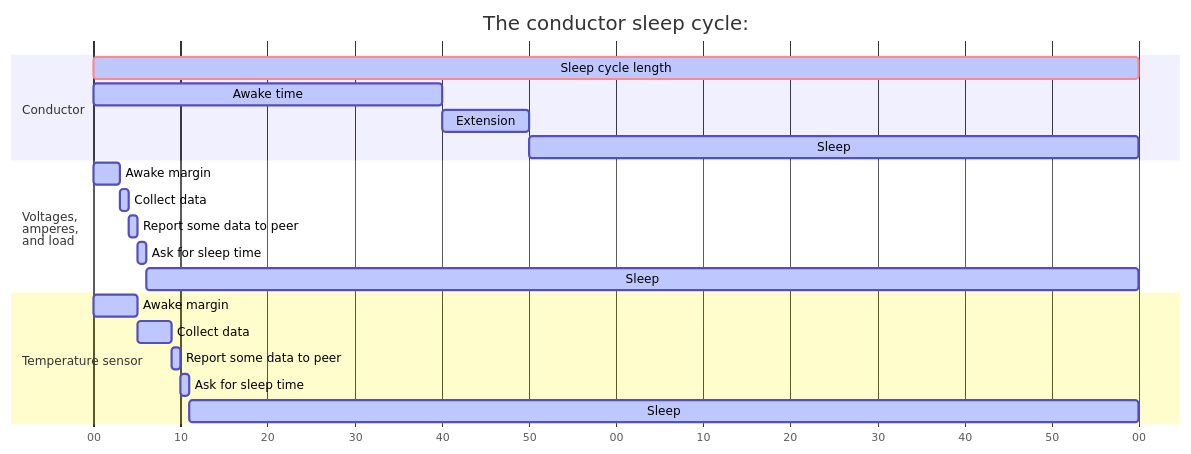
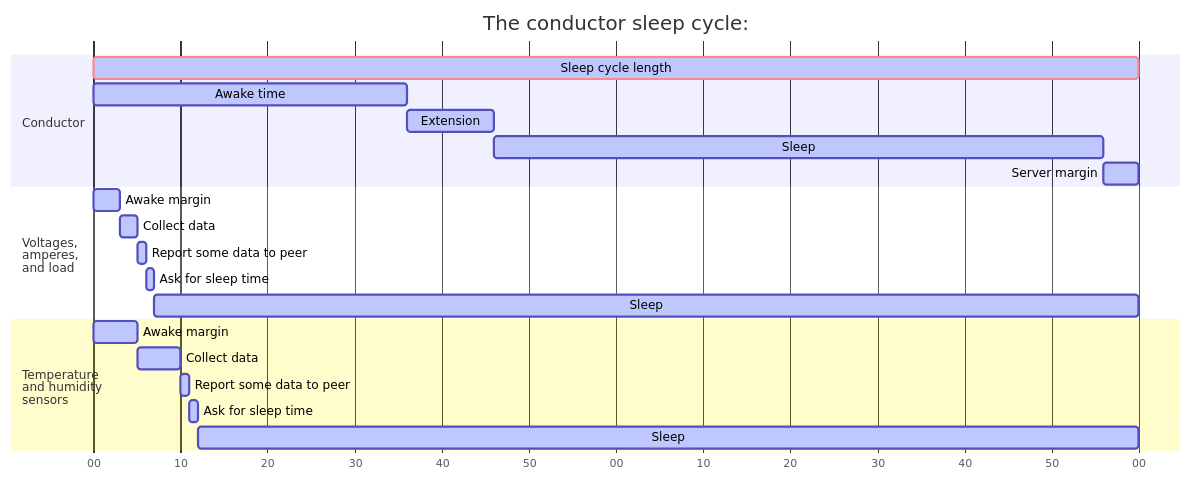
One commit to RobustoFramework/Robusto changed the diagram in components/robusto/conductor/README.md. Above: the diagram before and after it, drawn with Mermaid. The commit also changed other lines of this file and 1 other file, not shown here.

```````diff
--- a/components/robusto/conductor/README.md
+++ b/components/robusto/conductor/README.md
@@ -16,26 +16,28 @@
 ```mermaid
 gantt
     dateFormat  s
     title  The conductor sleep cycle:    
     section Conductor  
     Sleep cycle length        :crit,active, cycle,0,120s
-    Awake time         :active, wake,0,40s
+    Awake time         :active, wake, 0,36s
     Extension     :active, ext,after wake,10s
     Sleep         :active, sleep, after ext, 70s
+    Server margin   :active, after sleep,4s
     section Voltages,<br/>amperes,<br/>and load
     Awake margin         :active, w1, 0, 3s
-    Collect data       :active, c1, after w1, 1s
+    Collect data       :active, c1, after w1, 2s
     Report some data to peer :active, r1, after c1, 1s
     Ask for sleep time :active, a1, after r1, 1s
-    Sleep :active, s1, after a1, 114s
-    section Temperature sensor
+    Sleep :active, s1, after a1, 113s
+
+    section Temperature<br/>and humidity<br/>sensors
     Awake margin         :active, w2, 0, 5s
-    Collect data       :active, c2, after w2, 4s
+    Collect data       :active, c2, after w2, 5s
     Report some data to peer :active, r2, after c2, 1s
     Ask for sleep time :active, a2, after r2, 1s
-    Sleep :active, s1, after a2, 109s
+    Sleep :active, s1, after a2, 108s
     
     tickInterval 10second
     axisFormat %S
     
 ``````
```````
